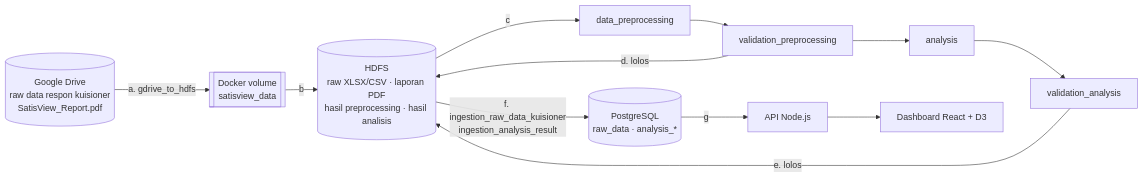
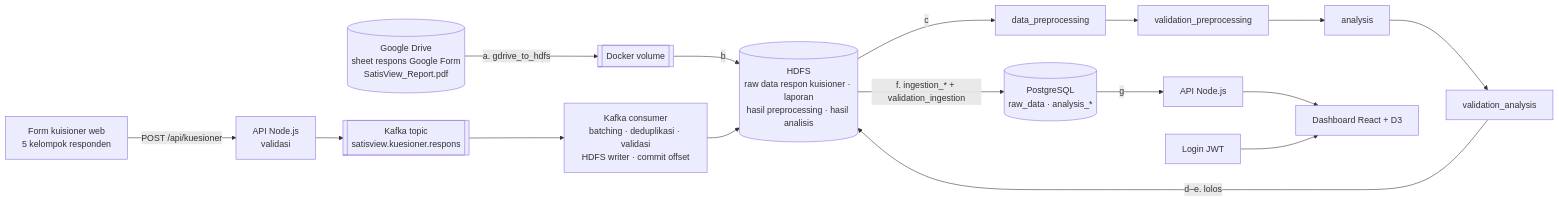
One commit to intananggreini99/SatisViewProject changed the diagram in README.md. Above: the diagram before and after it, drawn with Mermaid. The commit also changed other lines of this file and 87 other files, not shown here.

Commit message:
Updated Airflow Processing + Web Form Kuisioner

````diff
--- a/README.md
+++ b/README.md
@@ -7,11 +8,15 @@
 ```mermaid
 flowchart LR
-  GD[(Google Drive<br/>raw data respon kuisioner<br/>SatisView_Report.pdf)] -->|a. gdrive_to_hdfs| VOL[[Docker volume<br/>satisview_data]]
-  VOL -->|b| HDFS[(HDFS<br/>raw XLSX/CSV · laporan PDF<br/>hasil preprocessing · hasil analisis)]
+  GD[(Google Drive<br/>sheet respons Google Form<br/>SatisView_Report.pdf)] -->|a. gdrive_to_hdfs| VOL[[Docker volume]]
+  VOL -->|b| HDFS
+  FORM[Form kuisioner web<br/>5 kelompok responden] -->|POST /api/kuesioner| API1[API Node.js<br/>validasi]
+  API1 --> KT[[Kafka topic<br/>satisview.kuesioner.respons]]
+  KT --> KC[Kafka consumer<br/>batching · deduplikasi · validasi<br/>HDFS writer · commit offset]
+  KC --> HDFS[(HDFS<br/>raw data respon kuisioner · laporan<br/>hasil preprocessing · hasil analisis)]
   HDFS -->|c| P[data_preprocessing] --> VP[validation_preprocessing]
-  VP -->|d. lolos| HDFS
   VP --> A[analysis] --> VA[validation_analysis]
-  VA -->|e. lolos| HDFS
-  HDFS -->|f. ingestion_raw_data_kuisioner<br/>ingestion_analysis_result| PG[(PostgreSQL<br/>raw_data · analysis_*)]
-  PG -->|g| API[API Node.js] --> UI[Dashboard React + D3]
+  VA -->|d–e. lolos| HDFS
+  HDFS -->|f. ingestion_* + validation_ingestion| PG[(PostgreSQL<br/>raw_data · analysis_*)]
+  PG -->|g| API2[API Node.js] --> UI[Dashboard React + D3]
+  LOGIN[Login JWT] --> UI
 ```
````
